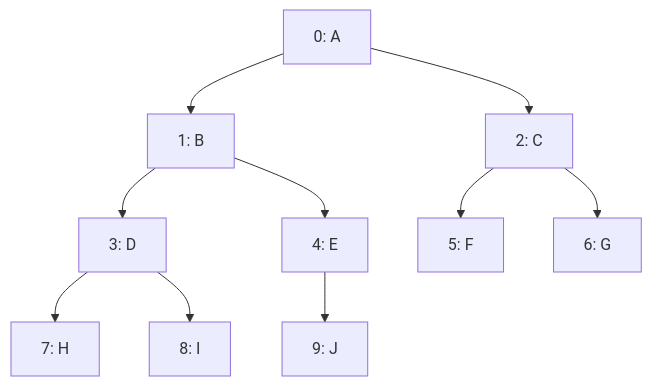
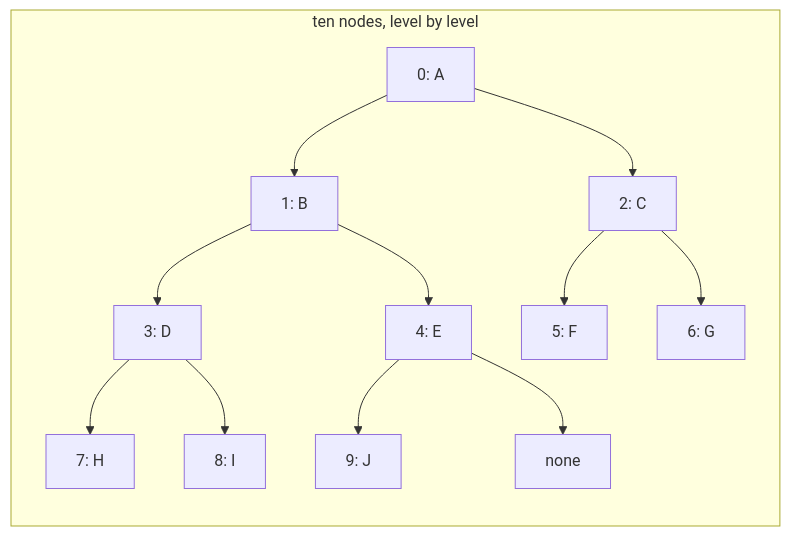
The second of 2 diagrams in guides/trees/guide.md (bkuberek/coding-study), drawn with Mermaid before and after one commit. The commit also changed other lines of this file and 27 other files, not shown here.

First line of the commit message:
fix(guides): keep tree drawings' children under their parents and cut two hints

````diff
--- a/guides/trees/guide.md
+++ b/guides/trees/guide.md
@@ -154,14 +163,18 @@
 ```mermaid
-flowchart TD
+flowchart LR
   accTitle: A complete binary tree and its array indexes
-  accDescr: Ten nodes stored in a list in level order. Index 0, A, is the root. Its children are 1, B, and 2, C. B's children are 3, D, and 4, E; C's are 5, F, and 6, G. D's children are 7, H, and 8, I. E's only child is 9, J, on the left. The last level is filled from the left.
-  n0["0: A"] --> n1["1: B"]
-  n0 --> n2["2: C"]
-  n1 --> n3["3: D"]
-  n1 --> n4["4: E"]
-  n2 --> n5["5: F"]
-  n2 --> n6["6: G"]
-  n3 --> n7["7: H"]
-  n3 --> n8["8: I"]
-  n4 --> n9["9: J"]
+  accDescr: Ten nodes stored in a list in level order. Index 0, A, is the root. Its children are 1, B, and 2, C. B's children are 3, D, and 4, E; C's are 5, F, and 6, G. D's children are 7, H, and 8, I. E's only child is 9, J, on the left; a box marked none stands for its missing right child. The last level is filled from the left.
+  subgraph tree["ten nodes, level by level"]
+    direction TB
+    n0["0: A"] --> n1["1: B"]
+    n0 --> n2["2: C"]
+    n1 --> n3["3: D"]
+    n1 --> n4["4: E"]
+    n2 --> n5["5: F"]
+    n2 --> n6["6: G"]
+    n3 --> n7["7: H"]
+    n3 --> n8["8: I"]
+    n4 --> n9["9: J"]
+    n4 --> e1["none"]
+  end
 ```
````
